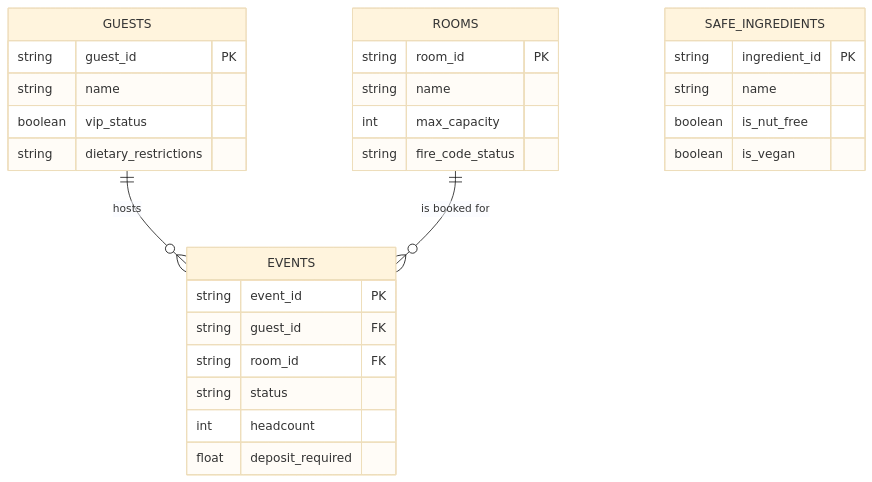
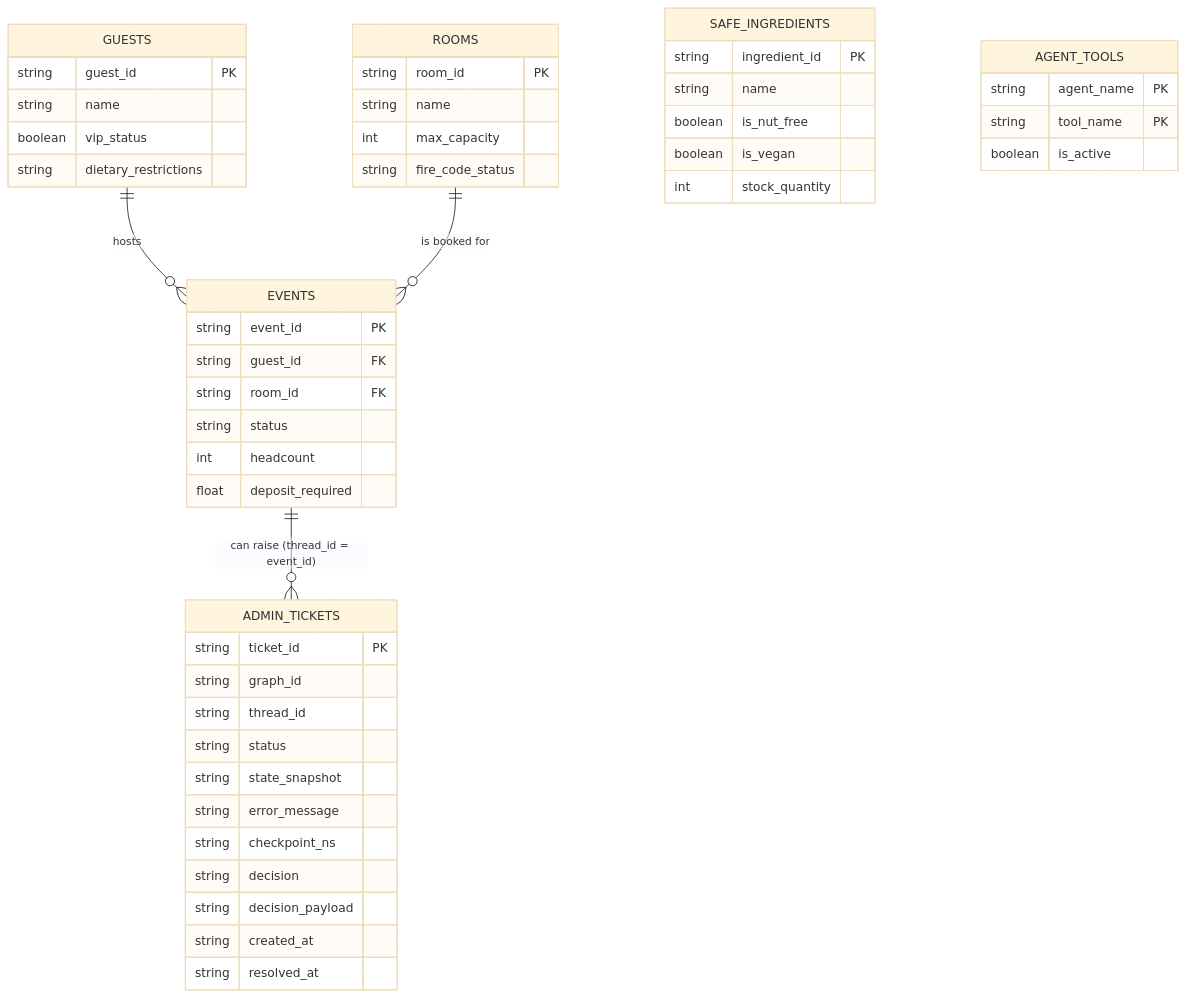
One commit to FaresMohammedHegazy/BEO-Assistant changed the diagram in README.md. Above: the diagram before and after it, drawn with Mermaid (base theme). The commit also changed other lines of this file and 2 other files, not shown here.

Commit message:
Update README and ERD schema

````diff
--- a/README.md
+++ b/README.md
@@ -35,35 +41,57 @@
 ```mermaid
 erDiagram
     GUESTS ||--o{ EVENTS : "hosts"
     ROOMS ||--o{ EVENTS : "is booked for"
+    EVENTS ||--o{ ADMIN_TICKETS : "can raise (thread_id = event_id)"
 
     GUESTS {
         string guest_id PK
         string name
         boolean vip_status
         string dietary_restrictions
     }
 
     ROOMS {
         string room_id PK
         string name
         int max_capacity
         string fire_code_status
     }
 
     EVENTS {
         string event_id PK
         string guest_id FK
         string room_id FK
         string status
         int headcount
         float deposit_required
     }
 
     SAFE_INGREDIENTS {
         string ingredient_id PK
         string name
         boolean is_nut_free
         boolean is_vegan
+        int stock_quantity
+    }
+
+    AGENT_TOOLS {
+        string agent_name PK
+        string tool_name PK
+        boolean is_active
+    }
+
+    ADMIN_TICKETS {
+        string ticket_id PK
+        string graph_id
+        string thread_id
+        string status
+        string state_snapshot
+        string error_message
+        string checkpoint_ns
+        string decision
+        string decision_payload
+        string created_at
+        string resolved_at
     }
 ```
````
